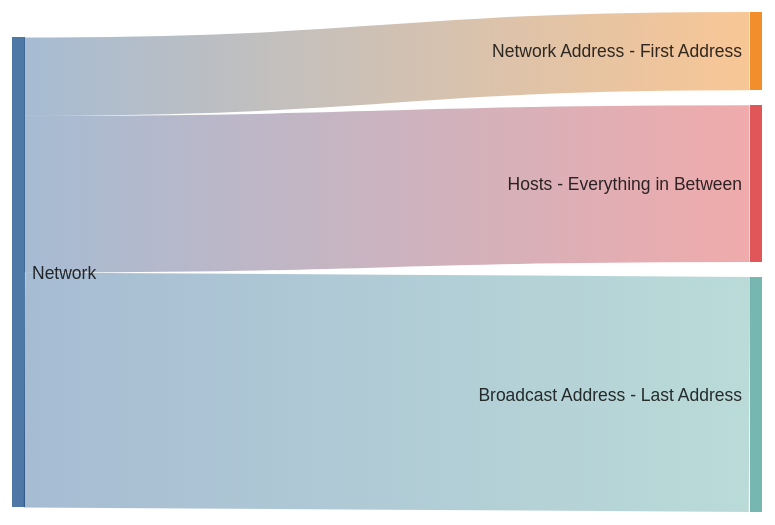
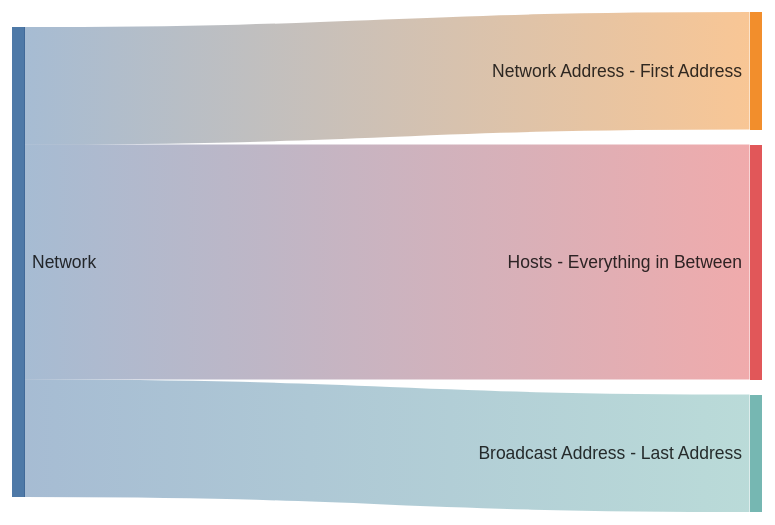
The diagram in content/blog/practical-networking-guide/index.md (ShaharNaveh/ShaharNaveh.github.io), drawn with Mermaid before and after one commit.

````diff
--- a/content/blog/practical-networking-guide/index.md
+++ b/content/blog/practical-networking-guide/index.md
@@ -10,12 +10,12 @@
 ```mermaid
 ---
 config:
   sankey:
     showValues: false
 ---
 sankey-beta
 
-Network,Network Address - First Address,1
-Network,Hosts - Everything in Between,2
-Network,Broadcast Address - Last Address,3
+Network,Network Address - First Address,25
+Network,Hosts - Everything in Between,50
+Network,Broadcast Address - Last Address,25
 ```
````
